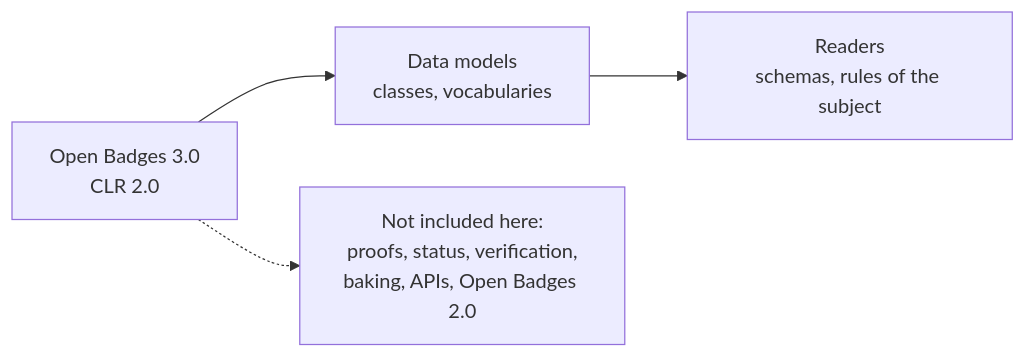
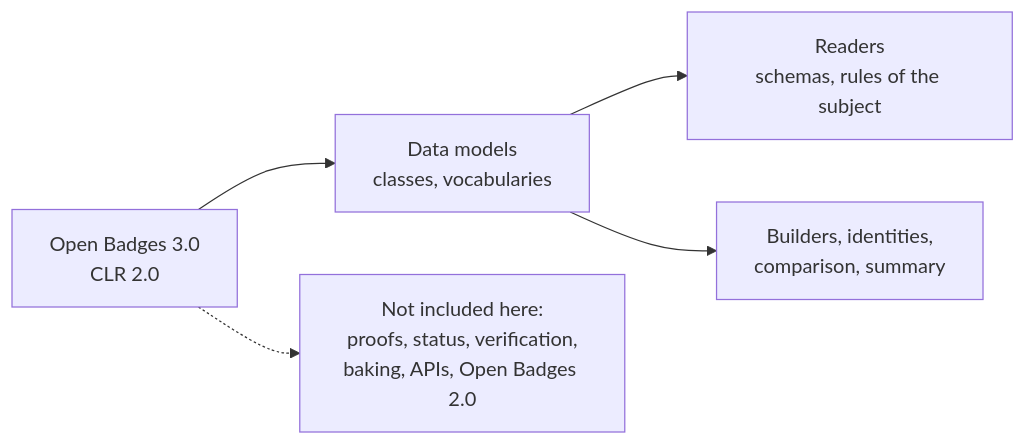
Before and after one commit to interopkit/interopkit: the diagram in docs/achievement-credentials/supported.md, drawn with Mermaid. The commit also changed other lines of this file and 40 other files, not shown here.

First line of the commit message:
Add builders, identity hashes, comparison and summaries to achievement-credentials

````diff
--- a/docs/achievement-credentials/supported.md
+++ b/docs/achievement-credentials/supported.md
@@ -6,6 +6,7 @@
 ```mermaid
 flowchart LR
   spec["Open Badges 3.0<br/>CLR 2.0"] --> model["Data models<br/>classes, vocabularies"]
   model --> read["Readers<br/>schemas, rules of the subject"]
+  model --> issue["Builders, identities,<br/>comparison, summary"]
   spec -.-> outside["Not included here:<br/>proofs, status, verification,<br/>baking, APIs, Open Badges 2.0"]
 ```
````
